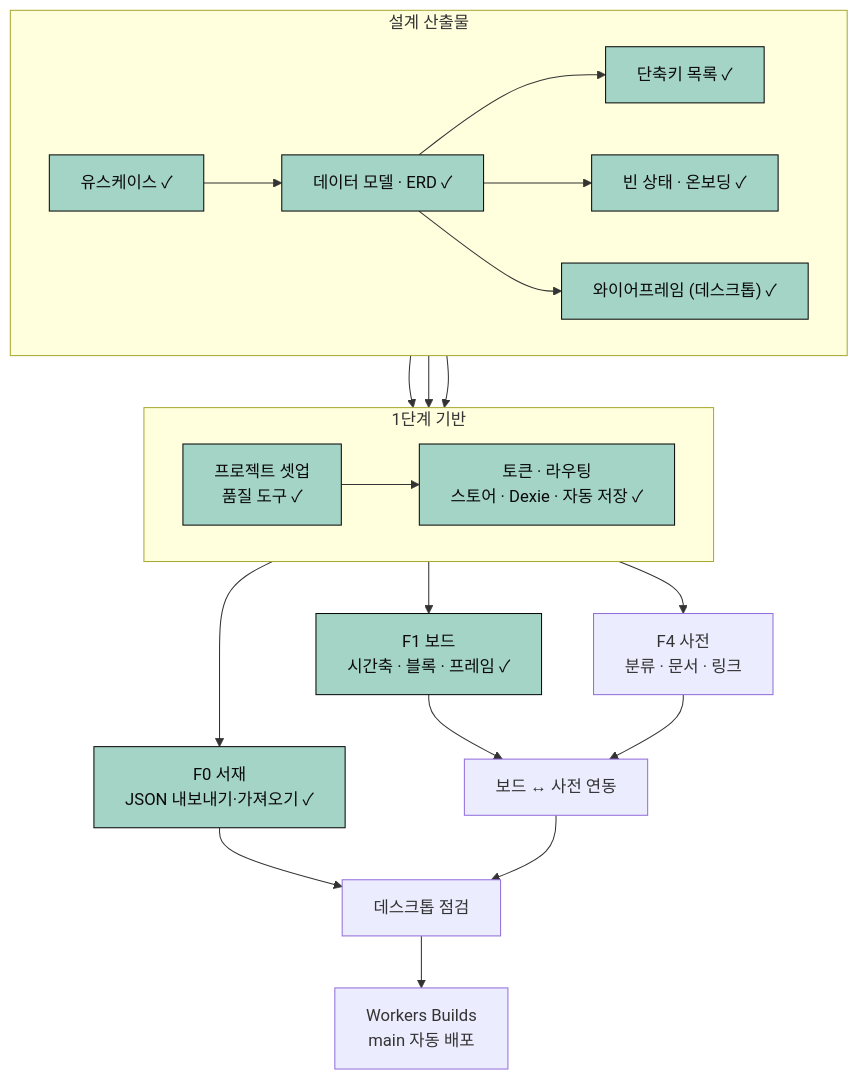
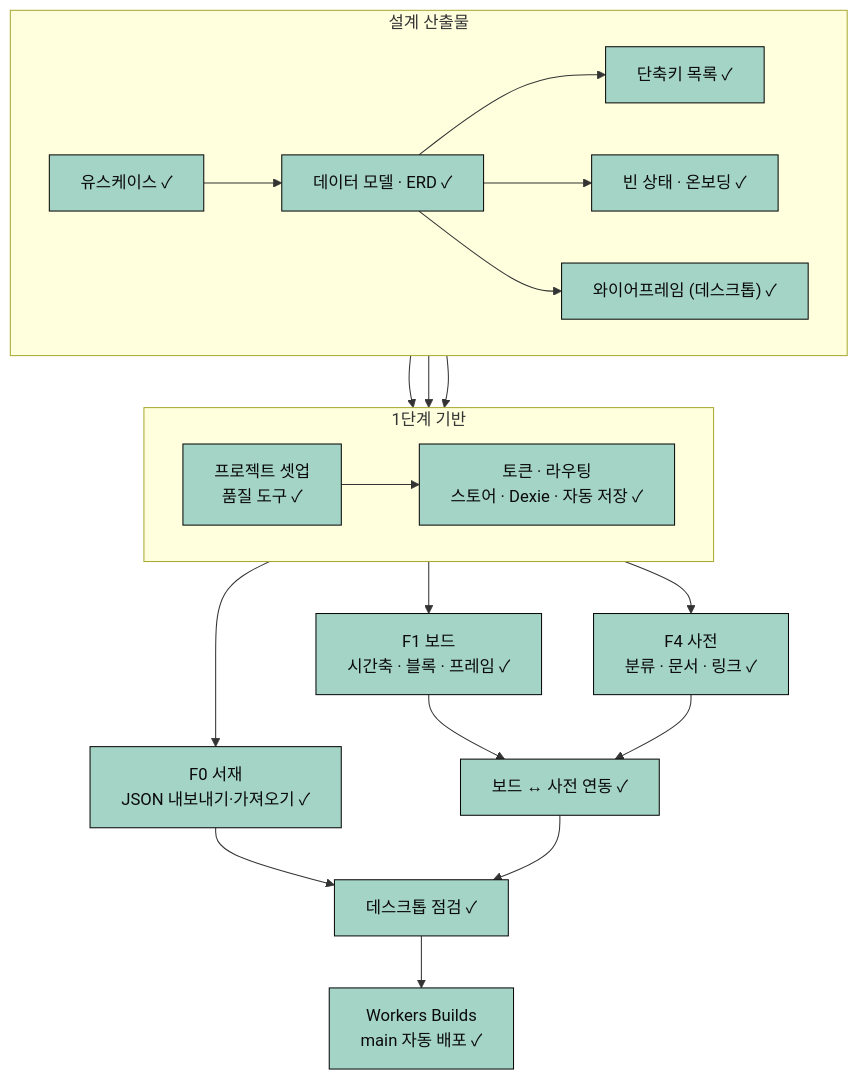
The diagram in docs/TODO.md (kty2001/NovelStory), drawn with Mermaid before and after one commit. The commit also changed other lines of this file and 11 other files, not shown here.

````diff
--- a/docs/TODO.md
+++ b/docs/TODO.md
@@ -5,30 +5,30 @@
 ```mermaid
 %%{init: {"flowchart": {"wrappingWidth": 320}}}%%
 flowchart TB
     subgraph DESIGN["설계 산출물"]
         direction LR
         UC["유스케이스 ✓"]:::done --> DM["데이터 모델 · ERD ✓"]:::done
         DM --> SC["단축키 목록 ✓"]:::done
         DM --> ON["빈 상태 · 온보딩 ✓"]:::done
         DM --> WF["와이어프레임 (데스크톱) ✓"]:::done
     end
 
     subgraph BASE["1단계 기반"]
         direction LR
         SETUP["프로젝트 셋업<br/>품질 도구 ✓"]:::done --> CORE["토큰 · 라우팅<br/>스토어 · Dexie · 자동 저장 ✓"]:::done
     end
 
     SC --> SETUP
     ON --> SETUP
     WF --> SETUP
     CORE --> F0["F0 서재<br/>JSON 내보내기·가져오기 ✓"]:::done
     CORE --> F1["F1 보드<br/>시간축 · 블록 · 프레임 ✓"]:::done
-    CORE --> F4["F4 사전<br/>분류 · 문서 · 링크"]
-    F1 --> LINK["보드 ↔ 사전 연동"]
+    CORE --> F4["F4 사전<br/>분류 · 문서 · 링크 ✓"]:::done
+    F1 --> LINK["보드 ↔ 사전 연동 ✓"]:::done
     F4 --> LINK
-    F0 --> QA["데스크톱 점검"]
+    F0 --> QA["데스크톱 점검 ✓"]:::done
     LINK --> QA
-    QA --> DEPLOY["Workers Builds<br/>main 자동 배포"]
+    QA --> DEPLOY["Workers Builds<br/>main 자동 배포 ✓"]:::done
 
     classDef done fill:#a4d4c5,stroke:#0a0a0a,color:#0a0a0a
 ```
````
